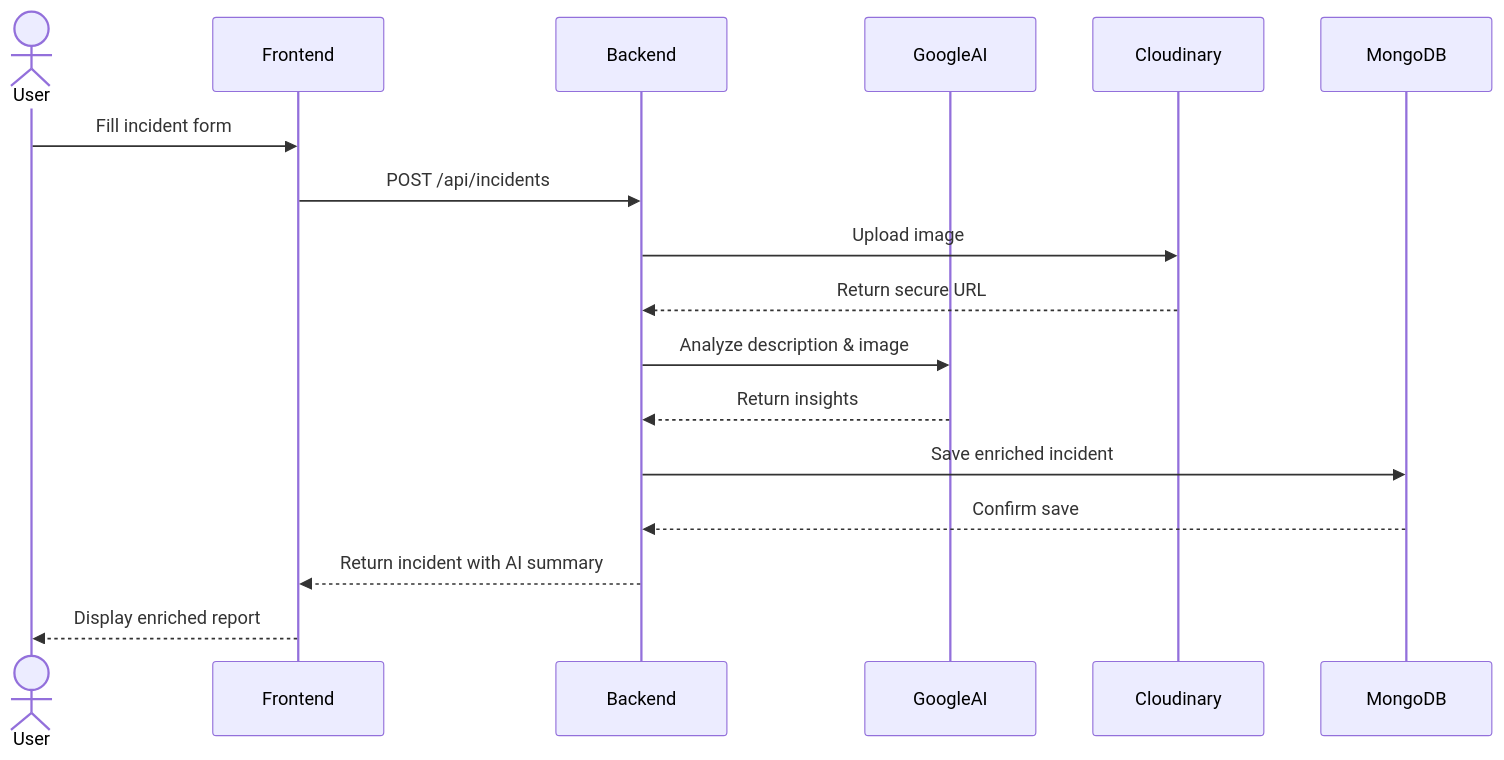
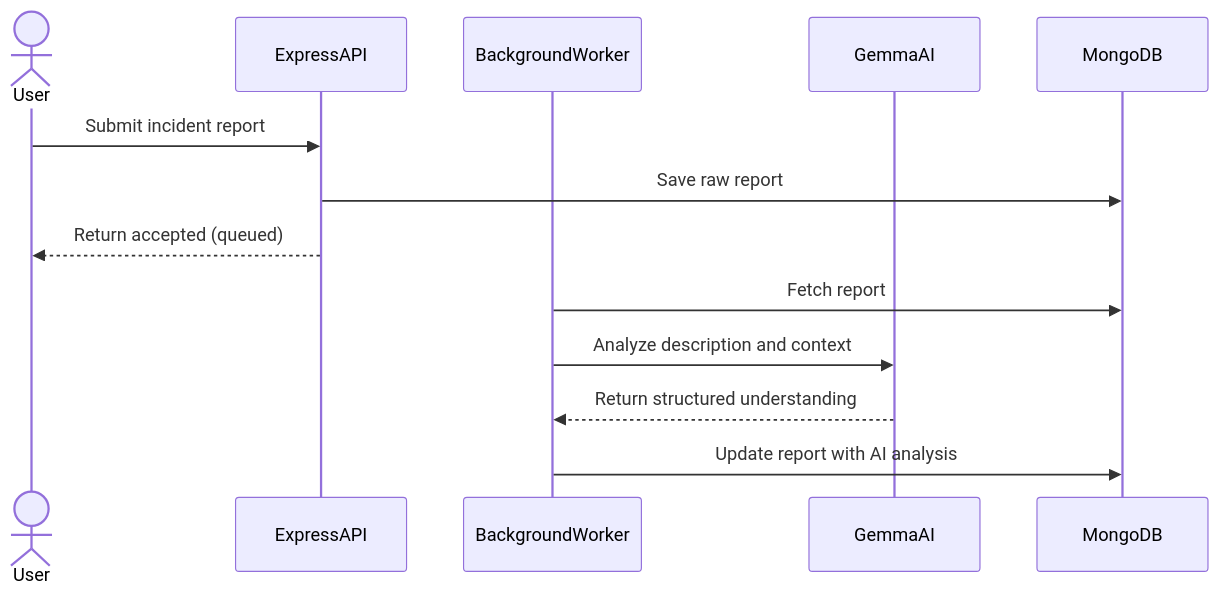
Before and after one commit to Searcher06/AI-Powered-Incident-Intelligent-System: the second of 3 diagrams in README.md, drawn with Mermaid. The commit also changed other lines of this file and 20 other files, not shown here.

First line of the commit message:
feat(backend): implement incident fusion pipeline with AI-powered candidate matching and briefing generation

````diff
--- a/README.md
+++ b/README.md
@@ -39,20 +36,16 @@
 ```mermaid
 sequenceDiagram
     actor User
-    participant Frontend
-    participant Backend
-    participant GoogleAI
-    participant Cloudinary
+    participant ExpressAPI
+    participant BackgroundWorker
+    participant GemmaAI
     participant MongoDB
 
-    User->>Frontend: Fill incident form
-    Frontend->>Backend: POST /api/incidents
-    Backend->>Cloudinary: Upload image
-    Cloudinary-->>Backend: Return secure URL
-    Backend->>GoogleAI: Analyze description & image
-    GoogleAI-->>Backend: Return insights
-    Backend->>MongoDB: Save enriched incident
-    MongoDB-->>Backend: Confirm save
-    Backend-->>Frontend: Return incident with AI summary
-    Frontend-->>User: Display enriched report
+    User->>ExpressAPI: Submit incident report
+    ExpressAPI->>MongoDB: Save raw report
+    ExpressAPI-->>User: Return accepted (queued)
+    BackgroundWorker->>MongoDB: Fetch report
+    BackgroundWorker->>GemmaAI: Analyze description and context
+    GemmaAI-->>BackgroundWorker: Return structured understanding
+    BackgroundWorker->>MongoDB: Update report with AI analysis
 ```
````
